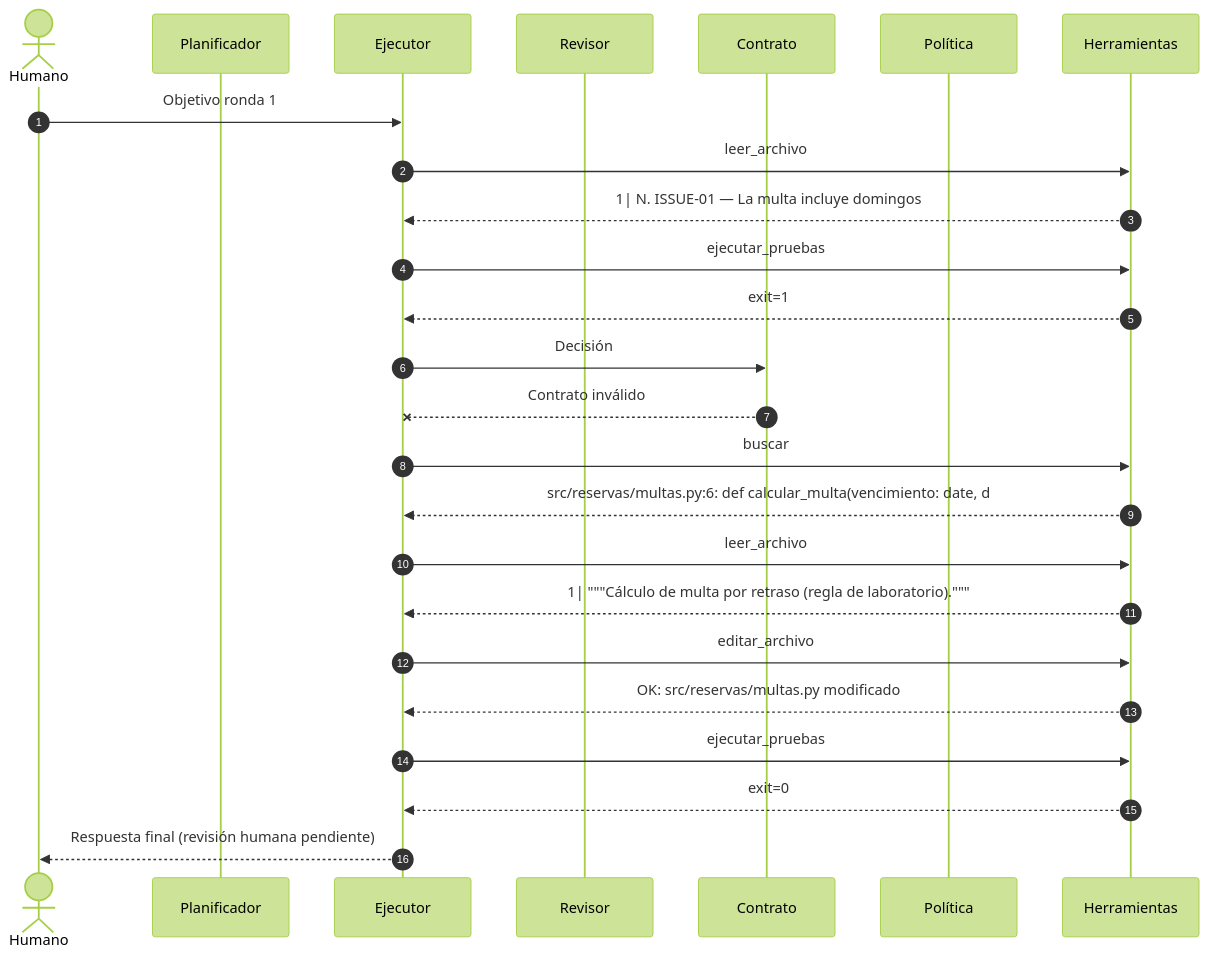
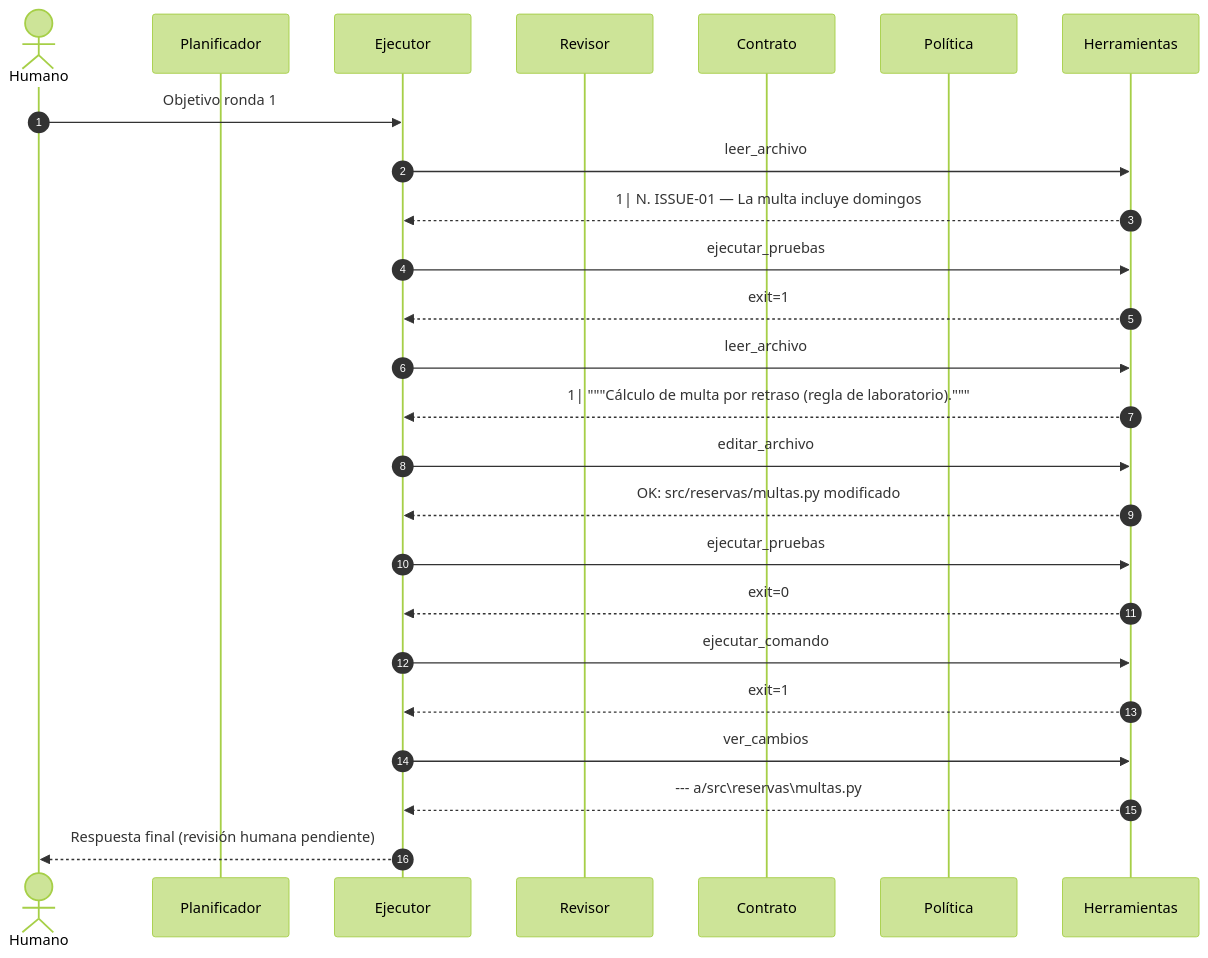
Before and after one commit to Fernandezvalerio/CS-2026b-lab04-BiblioUNSA: the diagram in agentes/trazas/issue01-unico/trayectoria.mmd, drawn with Mermaid (forest theme). The commit also changed 10 other files, not shown here.

```diff
--- a/agentes/trazas/issue01-unico/trayectoria.mmd
+++ b/agentes/trazas/issue01-unico/trayectoria.mmd
@@ -1,25 +1,25 @@
 sequenceDiagram
     autonumber
     actor U as Humano
     participant PL as Planificador
     participant EJ as Ejecutor
     participant RV as Revisor
     participant C as Contrato
     participant P as Política
     participant H as Herramientas
     U->>EJ: Objetivo ronda 1
     EJ->>H: leer_archivo
     H-->>EJ:   1| N. ISSUE-01 — La multa incluye domingos
     EJ->>H: ejecutar_pruebas
     H-->>EJ: exit=1
-    EJ->>C: Decisión
-    C--xEJ: Contrato inválido
-    EJ->>H: buscar
-    H-->>EJ: src/reservas/multas.py:6: def calcular_multa(vencimiento: date, d
     EJ->>H: leer_archivo
     H-->>EJ:   1| """Cálculo de multa por retraso (regla de laboratorio)."""
     EJ->>H: editar_archivo
     H-->>EJ: OK: src/reservas/multas.py modificado
     EJ->>H: ejecutar_pruebas
     H-->>EJ: exit=0
+    EJ->>H: ejecutar_comando
+    H-->>EJ: exit=1
+    EJ->>H: ver_cambios
+    H-->>EJ: --- a/src\reservas\multas.py
     EJ-->>U: Respuesta final (revisión humana pendiente)
```
